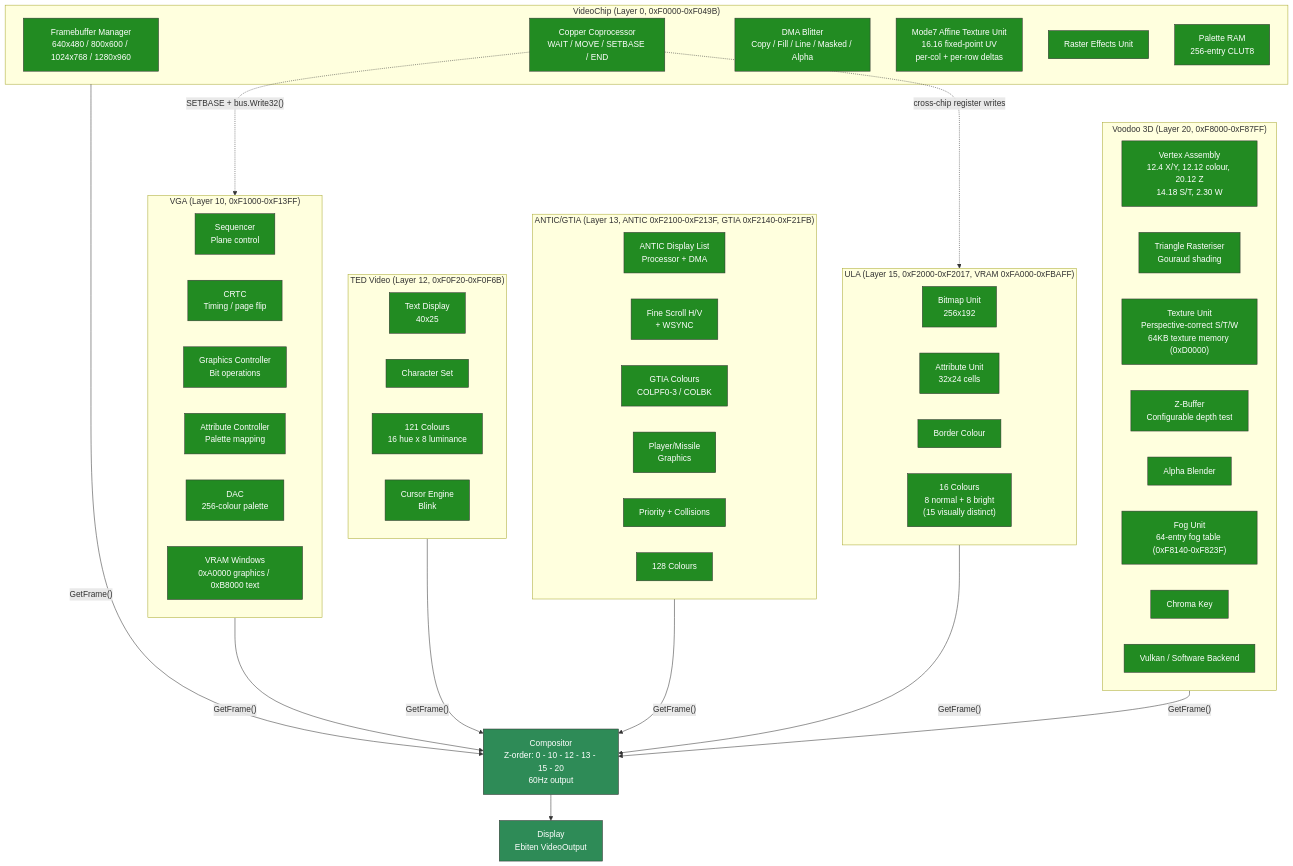
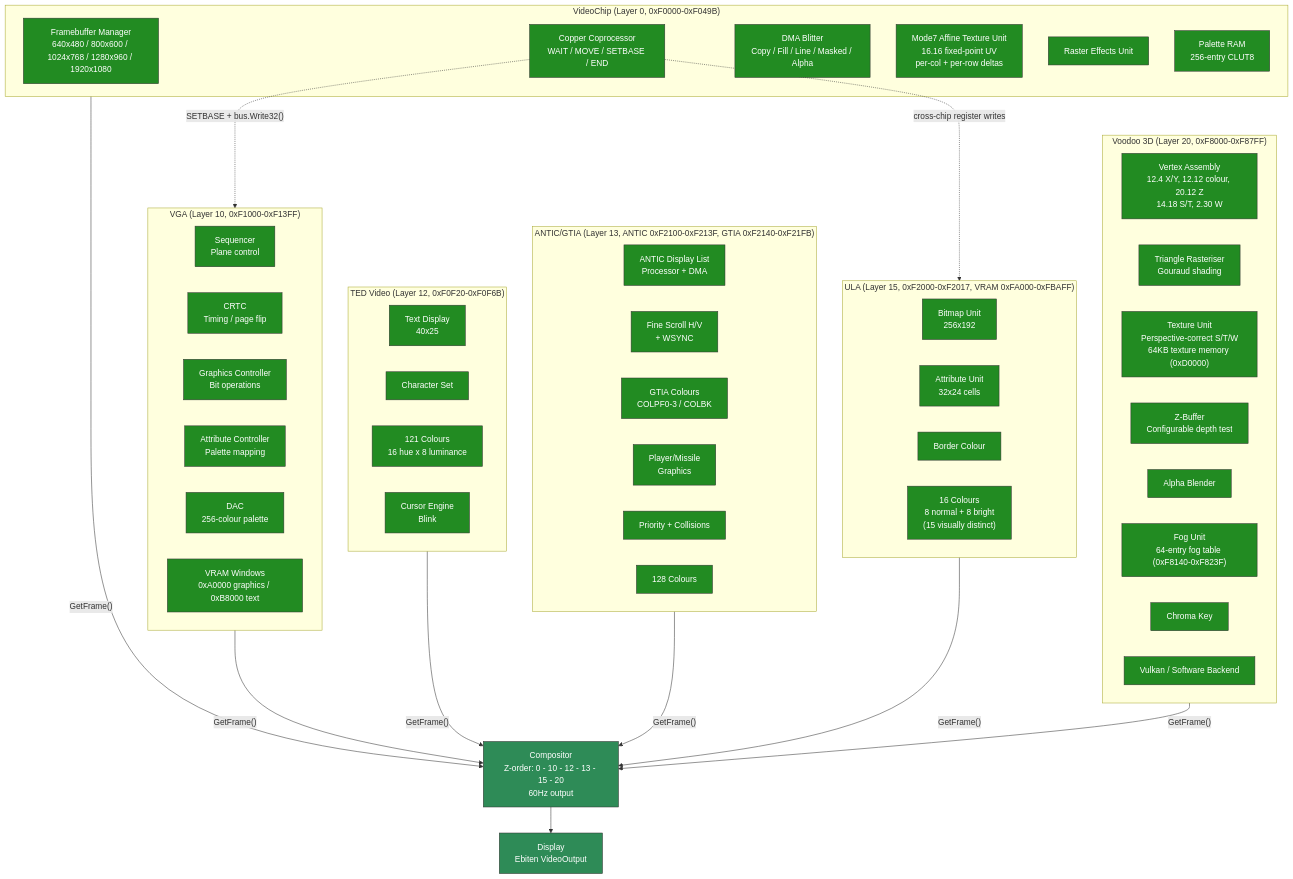
The sixth of 12 diagrams in sdk/docs/architecture.md (IntuitionAmiga/IntuitionEngine), drawn with Mermaid before and after one commit. The commit also changed 12 other files, not shown here.

````diff
--- a/sdk/docs/architecture.md
+++ b/sdk/docs/architecture.md
@@ -637,78 +637,78 @@
 ```mermaid
 graph TB
     subgraph VCS["VideoChip (Layer 0, 0xF0000-0xF049B)"]
-        VC_FB["Framebuffer Manager<br/>640x480 / 800x600 / 1024x768 / 1280x960"]
+        VC_FB["Framebuffer Manager<br/>640x480 / 800x600 / 1024x768 / 1280x960 / 1920x1080"]
         VC_COP["Copper Coprocessor<br/>WAIT / MOVE / SETBASE / END"]
         VC_BLT["DMA Blitter<br/>Copy / Fill / Line / Masked / Alpha"]
         VC_M7["Mode7 Affine Texture Unit<br/>16.16 fixed-point UV<br/>per-col + per-row deltas"]
         VC_RST["Raster Effects Unit"]
         VC_PAL["Palette RAM<br/>256-entry CLUT8"]
     end
 
     subgraph VGAS["VGA (Layer 10, 0xF1000-0xF13FF)"]
         VGA_SEQ["Sequencer<br/>Plane control"]
         VGA_CRTC["CRTC<br/>Timing / page flip"]
         VGA_GC["Graphics Controller<br/>Bit operations"]
         VGA_AC["Attribute Controller<br/>Palette mapping"]
         VGA_DAC["DAC<br/>256-colour palette"]
         VGA_VRAM["VRAM Windows<br/>0xA0000 graphics / 0xB8000 text"]
     end
 
     subgraph TEDS["TED Video (Layer 12, 0xF0F20-0xF0F6B)"]
         TED_TXT["Text Display<br/>40x25"]
         TED_CHR["Character Set"]
         TED_COL["121 Colours<br/>16 hue x 8 luminance"]
         TED_CUR["Cursor Engine<br/>Blink"]
     end
 
     subgraph ANTICS["ANTIC/GTIA (Layer 13, ANTIC 0xF2100-0xF213F, GTIA 0xF2140-0xF21FB)"]
         ANT_DLP["ANTIC Display List<br/>Processor + DMA"]
         ANT_SCR["Fine Scroll H/V<br/>+ WSYNC"]
         GTIA_C["GTIA Colours<br/>COLPF0-3 / COLBK"]
         GTIA_PM["Player/Missile<br/>Graphics"]
         GTIA_PR["Priority + Collisions"]
         ANT_COL["128 Colours"]
     end
 
     subgraph ULAS["ULA (Layer 15, 0xF2000-0xF2017, VRAM 0xFA000-0xFBAFF)"]
         ULA_BMP["Bitmap Unit<br/>256x192"]
         ULA_ATR["Attribute Unit<br/>32x24 cells"]
         ULA_BDR["Border Colour"]
         ULA_COL["16 Colours<br/>8 normal + 8 bright<br/>(15 visually distinct)"]
     end
 
     subgraph VOOS["Voodoo 3D (Layer 20, 0xF8000-0xF87FF)"]
         VOO_VTX["Vertex Assembly<br/>12.4 X/Y, 12.12 colour, 20.12 Z<br/>14.18 S/T, 2.30 W"]
         VOO_TRI["Triangle Rasteriser<br/>Gouraud shading"]
         VOO_TEX["Texture Unit<br/>Perspective-correct S/T/W<br/>64KB texture memory (0xD0000)"]
         VOO_ZB["Z-Buffer<br/>Configurable depth test"]
         VOO_AB["Alpha Blender"]
         VOO_FOG["Fog Unit<br/>64-entry fog table (0xF8140-0xF823F)"]
         VOO_CK["Chroma Key"]
         VOO_BE["Vulkan / Software Backend"]
     end
 
     COMPS["Compositor<br/>Z-order: 0 - 10 - 12 - 13 - 15 - 20<br/>60Hz output"]
     DISPLAY["Display<br/>Ebiten VideoOutput"]
 
     VCS -->|"GetFrame()"| COMPS
     VGAS -->|"GetFrame()"| COMPS
     TEDS -->|"GetFrame()"| COMPS
     ANTICS -->|"GetFrame()"| COMPS
     ULAS -->|"GetFrame()"| COMPS
     VOOS -->|"GetFrame()"| COMPS
     COMPS --> DISPLAY
 
     VC_COP -.->|"SETBASE + bus.Write32()"| VGAS
     VC_COP -.->|"cross-chip register writes"| ULAS
 
     classDef video fill:#228B22,stroke:#333,color:#fff
     classDef comp fill:#2E8B57,stroke:#333,color:#fff
     class VC_FB,VC_COP,VC_BLT,VC_M7,VC_RST,VC_PAL video
     class VGA_SEQ,VGA_CRTC,VGA_GC,VGA_AC,VGA_DAC,VGA_VRAM video
     class TED_TXT,TED_CHR,TED_COL,TED_CUR video
     class ANT_DLP,ANT_SCR,GTIA_C,GTIA_PM,GTIA_PR,ANT_COL video
     class ULA_BMP,ULA_ATR,ULA_BDR,ULA_COL video
     class VOO_VTX,VOO_TRI,VOO_TEX,VOO_ZB,VOO_AB,VOO_FOG,VOO_CK,VOO_BE video
     class COMPS,DISPLAY comp
 ```
````
